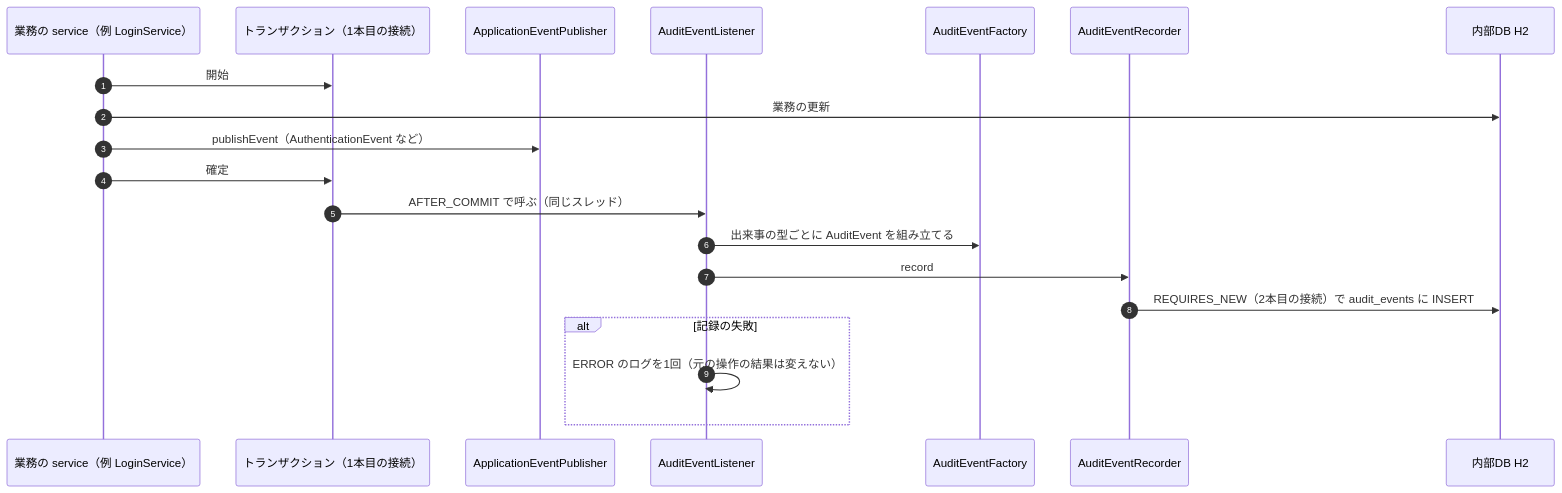
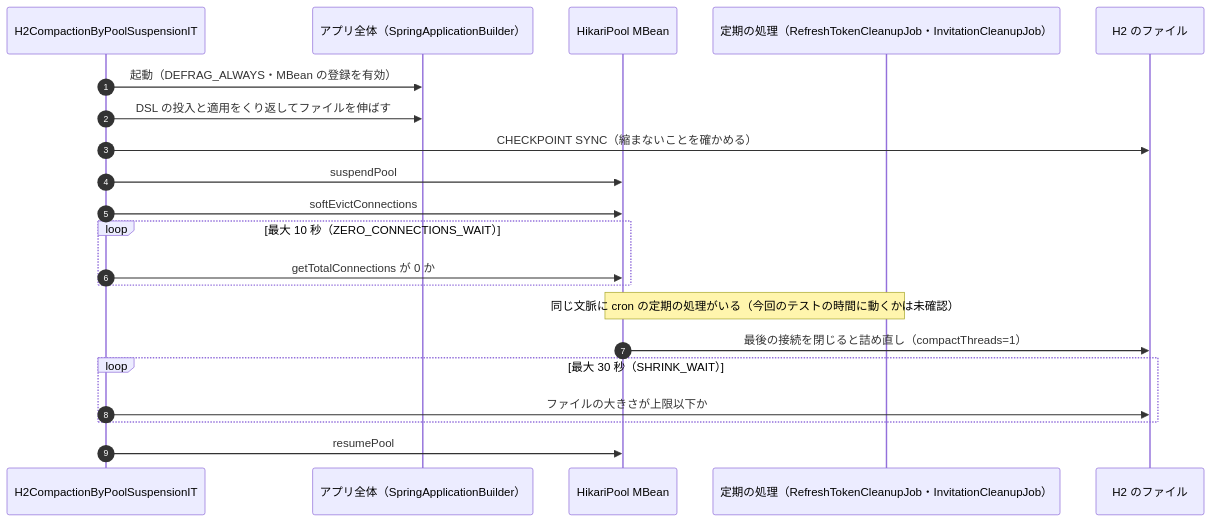
The fourth of 5 diagrams in aidlc/spaces/default/codekb/mastersmith2/architecture.md (agwlvssainokuni/mastersmith2), drawn with Mermaid before and after one commit. The commit also changed other lines of this file and 16 other files, not shown here.

````diff
--- a/aidlc/spaces/default/codekb/mastersmith2/architecture.md
+++ b/aidlc/spaces/default/codekb/mastersmith2/architecture.md
@@ -224,23 +165,24 @@
 ```mermaid
 sequenceDiagram
   autonumber
-  participant S as 業務の service（例 LoginService）
-  participant TX as トランザクション（1本目の接続）
-  participant EP as ApplicationEventPublisher
-  participant AL as AuditEventListener
-  participant AF as AuditEventFactory
-  participant AR as AuditEventRecorder
-  participant DB as 内部DB H2
+  participant T as H2CompactionByPoolSuspensionIT
+  participant APP as アプリ全体（SpringApplicationBuilder）
+  participant POOL as HikariPool MBean
+  participant JOB as 定期の処理（RefreshTokenCleanupJob・InvitationCleanupJob）
+  participant H2 as H2 のファイル
 
-  S->>TX: 開始
-  S->>DB: 業務の更新
-  S->>EP: publishEvent（AuthenticationEvent など）
-  S->>TX: 確定
-  TX->>AL: AFTER_COMMIT で呼ぶ（同じスレッド）
-  AL->>AF: 出来事の型ごとに AuditEvent を組み立てる
-  AL->>AR: record
-  AR->>DB: REQUIRES_NEW（2本目の接続）で audit_events に INSERT
-  alt 記録の失敗
-    AL->>AL: ERROR のログを1回（元の操作の結果は変えない）
+  T->>APP: 起動（DEFRAG_ALWAYS・MBean の登録を有効）
+  T->>APP: DSL の投入と適用をくり返してファイルを伸ばす
+  T->>H2: CHECKPOINT SYNC（縮まないことを確かめる）
+  T->>POOL: suspendPool
+  T->>POOL: softEvictConnections
+  loop 最大 10 秒（ZERO_CONNECTIONS_WAIT）
+    T->>POOL: getTotalConnections が 0 か
   end
+  Note over POOL,JOB: 同じ文脈に cron の定期の処理がいる（今回のテストの時間に動くかは未確認）
+  POOL->>H2: 最後の接続を閉じると詰め直し（compactThreads=1）
+  loop 最大 30 秒（SHRINK_WAIT）
+    T->>H2: ファイルの大きさが上限以下か
+  end
+  T->>POOL: resumePool
 ```
````
